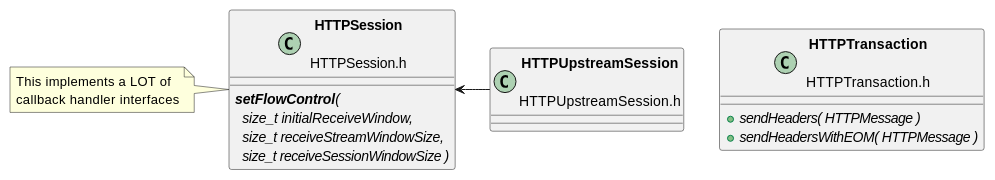
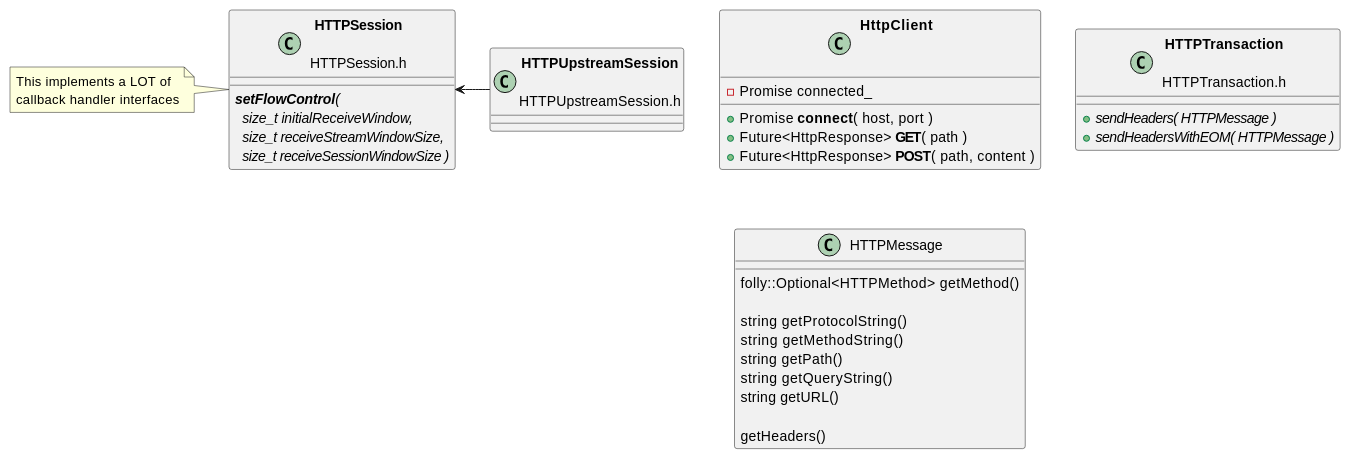
Before and after one commit to patrickhallinan/hello-proxygen: the fifth of 5 diagrams in doc/http-client.adoc, drawn with PlantUML. The commit also changed other lines of this file, not shown here.

```diff
--- a/doc/http-client.adoc
+++ b/doc/http-client.adoc
@@ -130,25 +186,48 @@
 [plantuml, "classes.puml", svg]
 ----
+class "**HttpClient**\n\n" as HttpClient
+
 class "**HTTPSession**\n\nHTTPSession.h" as HTTPSession
 note left
     This implements a LOT of
     callback handler interfaces
 end note
 
 class "**HTTPUpstreamSession**\n\nHTTPUpstreamSession.h" as HTTPUpstreamSession
 class "**HTTPTransaction**\n\nHTTPTransaction.h" as HTTPTransaction
 
 
 HTTPSession <- HTTPUpstreamSession
 
+class HttpClient {
+    - Promise connected_
+    
+    + Promise **connect**( host, port )
+    + Future<HttpResponse> **GET**( path )
+    + Future<HttpResponse> **POST**( path, content )
+}
+
 class HTTPSession {
     {abstract} **setFlowControl**(\n  size_t initialReceiveWindow,\n  size_t receiveStreamWindowSize,\n  size_t receiveSessionWindowSize )
 }
 
 
 class HTTPTransaction {
     +{abstract} sendHeaders( HTTPMessage )
     +{abstract} sendHeadersWithEOM( HTTPMessage )
 }
 
+
+class HTTPMessage {
+    folly::Optional<HTTPMethod> getMethod()
+    
+    string getProtocolString()
+    string getMethodString()
+    string getPath()
+    string getQueryString()
+    string getURL()
+
+    getHeaders()
+}
+
 ----
```
